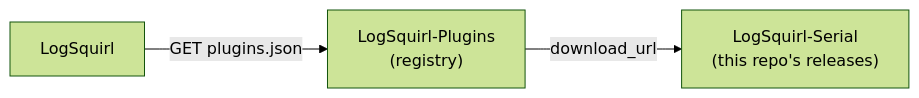
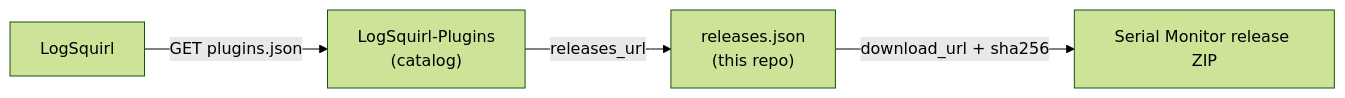
One commit to 64x-lunicorn/LogSquirl-Serial changed the third of 3 diagrams in README.md. Above: the diagram before and after it, drawn with Mermaid (forest theme). The commit also changed other lines of this file, not shown here.

````diff
--- a/README.md
+++ b/README.md
@@ -256,5 +268,6 @@
 ```mermaid
 flowchart LR
-    LS["LogSquirl"] -- "GET plugins.json" --> PR["LogSquirl-Plugins\n(registry)"]
-    PR -- "download_url" --> R["LogSquirl-Serial\n(this repo's releases)"]
+    LS["LogSquirl"] -- "GET plugins.json" --> C["LogSquirl-Plugins<br/>(catalog)"]
+    C -- "releases_url" --> RJ["releases.json<br/>(this repo)"]
+    RJ -- "download_url + sha256" --> Z["Serial Monitor release ZIP"]
 ```
````
